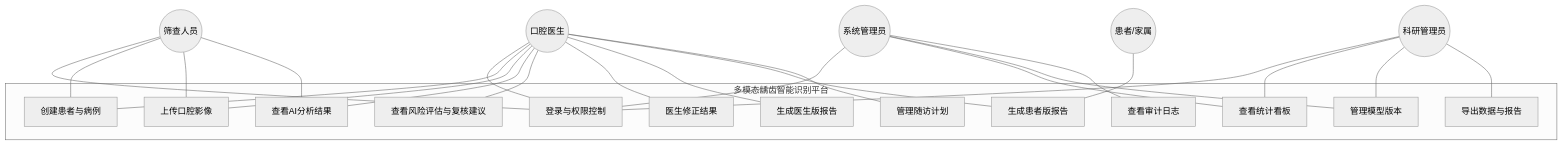
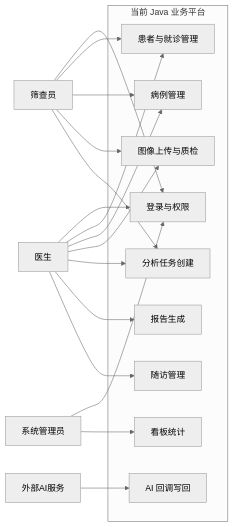
Before and after one commit to lizhuoheng47/caries_guard: the first of 7 diagrams in Documents/02_UML图集.md, drawn with Mermaid (neutral theme). The commit also changed other lines of this file and 83 other files, not shown here.

First line of the commit message:
docs(architecture): 添加系统架构与开发规范文档

````diff
--- a/Documents/02_UML图集.md
+++ b/Documents/02_UML图集.md
@@ -38,51 +14,38 @@
 ```mermaid
-graph TB
-    subgraph 多模态龋齿智能识别平台
-        UC1[登录与权限控制]
-        UC2[创建患者与病例]
-        UC3[上传口腔影像]
-        UC4[查看AI分析结果]
-        UC5[查看风险评估与复核建议]
-        UC6[医生修正结果]
-        UC7[生成医生版报告]
-        UC8[生成患者版报告]
-        UC9[管理随访计划]
-        UC10[查看统计看板]
-        UC11[管理模型版本]
-        UC12[查看审计日志]
-        UC13[导出数据与报告]
+flowchart LR
+    Doctor[医生]
+    Screener[筛查员]
+    Admin[系统管理员]
+    AISvc[外部AI服务]
+
+    subgraph CG[当前 Java 业务平台]
+        UC1[登录与权限]
+        UC2[患者与就诊管理]
+        UC3[病例管理]
+        UC4[图像上传与质检]
+        UC5[分析任务创建]
+        UC6[AI 回调写回]
+        UC7[报告生成]
+        UC8[随访管理]
+        UC9[看板统计]
     end
 
-    Doctor((口腔医生))
-    Screener((筛查人员))
-    Admin((系统管理员))
-    Researcher((科研管理员))
-    Patient((患者/家属))
+    Doctor --> UC1
+    Doctor --> UC2
+    Doctor --> UC3
+    Doctor --> UC4
+    Doctor --> UC5
+    Doctor --> UC7
+    Doctor --> UC8
 
-    Doctor --- UC1
-    Doctor --- UC2
-    Doctor --- UC3
-    Doctor --- UC4
-    Doctor --- UC5
-    Doctor --- UC6
-    Doctor --- UC7
-    Doctor --- UC8
-    Doctor --- UC9
+    Screener --> UC1
+    Screener --> UC2
+    Screener --> UC3
+    Screener --> UC4
+    Screener --> UC5
 
-    Screener --- UC1
-    Screener --- UC2
-    Screener --- UC3
-    Screener --- UC4
+    Admin --> UC1
+    Admin --> UC9
 
-    Admin --- UC1
-    Admin --- UC10
-    Admin --- UC11
-    Admin --- UC12
-
-    Researcher --- UC1
-    Researcher --- UC10
-    Researcher --- UC11
-    Researcher --- UC13
-
-    Patient --- UC8
+    AISvc --> UC6
 ```
````
